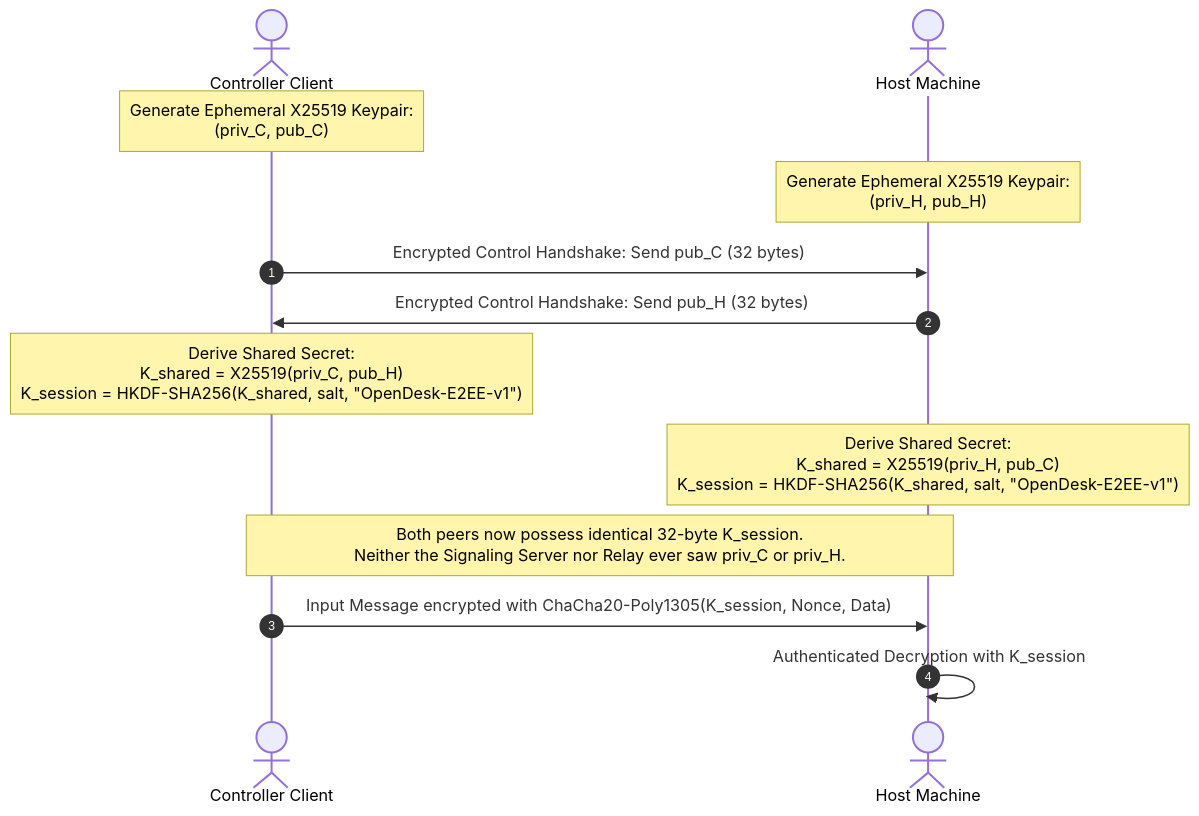
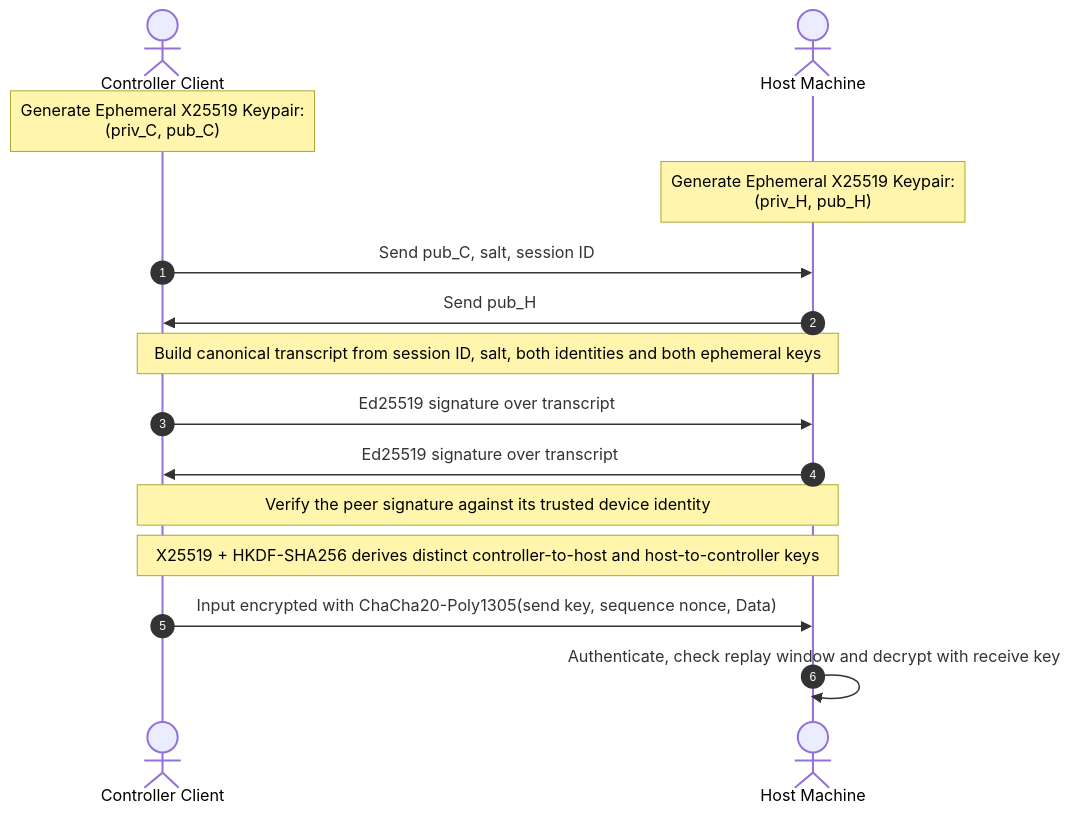
Before and after one commit to adityakalambe01/OpenDesk: the diagram in docs/03-security/ENCRYPTION.md, drawn with Mermaid. The commit also changed other lines of this file and 6 other files, not shown here.

````diff
--- a/docs/03-security/ENCRYPTION.md
+++ b/docs/03-security/ENCRYPTION.md
@@ -31,20 +31,22 @@
 ```mermaid
 sequenceDiagram
     autonumber
     actor Controller as Controller Client
     actor Host as Host Machine
 
     Note over Controller: Generate Ephemeral X25519 Keypair:<br/>(priv_C, pub_C)
     Note over Host: Generate Ephemeral X25519 Keypair:<br/>(priv_H, pub_H)
 
-    Controller->>Host: Encrypted Control Handshake: Send pub_C (32 bytes)
-    Host->>Controller: Encrypted Control Handshake: Send pub_H (32 bytes)
+    Controller->>Host: Send pub_C, salt, session ID
+    Host->>Controller: Send pub_H
 
-    Note over Controller: Derive Shared Secret:<br/>K_shared = X25519(priv_C, pub_H)<br/>K_session = HKDF-SHA256(K_shared, salt, "OpenDesk-E2EE-v1")
-    Note over Host: Derive Shared Secret:<br/>K_shared = X25519(priv_H, pub_C)<br/>K_session = HKDF-SHA256(K_shared, salt, "OpenDesk-E2EE-v1")
+    Note over Controller,Host: Build canonical transcript from session ID, salt, both identities and both ephemeral keys
+    Controller->>Host: Ed25519 signature over transcript
+    Host->>Controller: Ed25519 signature over transcript
+    Note over Controller,Host: Verify the peer signature against its trusted device identity
 
-    Note over Controller,Host: Both peers now possess identical 32-byte K_session.<br/>Neither the Signaling Server nor Relay ever saw priv_C or priv_H.
+    Note over Controller,Host: X25519 + HKDF-SHA256 derives distinct controller-to-host and host-to-controller keys
 
-    Controller->>Host: Input Message encrypted with ChaCha20-Poly1305(K_session, Nonce, Data)
-    Host->>Host: Authenticated Decryption with K_session
+    Controller->>Host: Input encrypted with ChaCha20-Poly1305(send key, sequence nonce, Data)
+    Host->>Host: Authenticate, check replay window and decrypt with receive key
 ```
````
